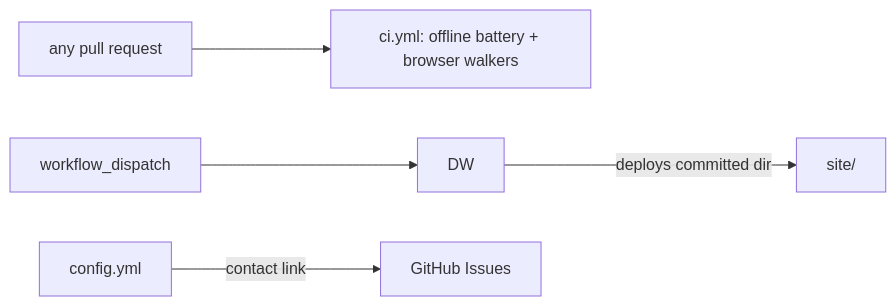
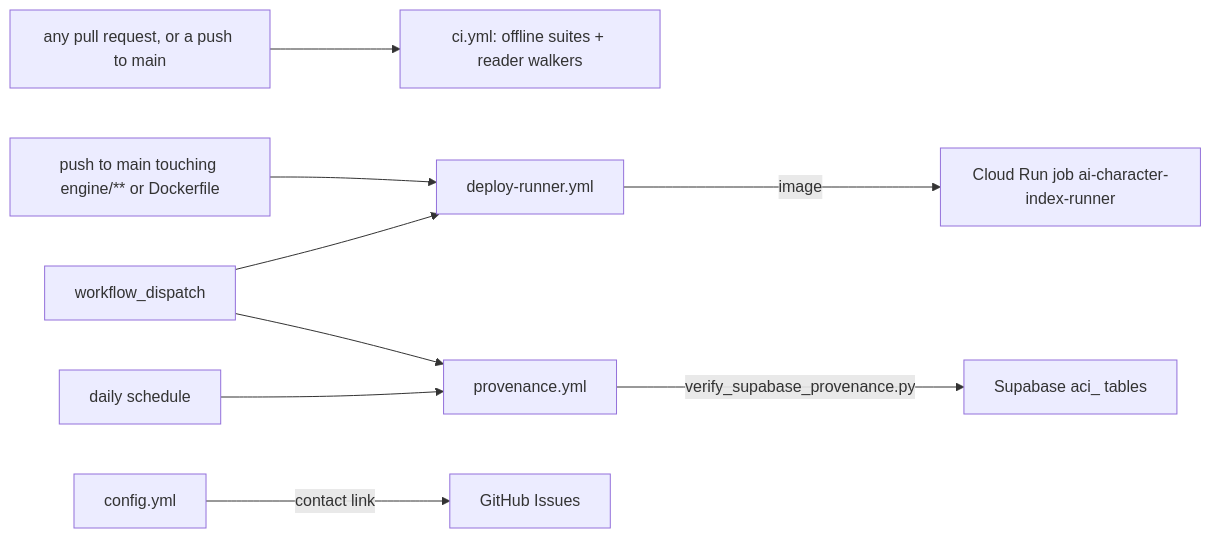
One commit to polariscollective/ai-character-index changed the diagram in .github/OVERVIEW.md. Above: the diagram before and after it, drawn with Mermaid. The commit also changed other lines of this file and 9 other files, not shown here.

First line of the commit message:
docs: engine, workflow and directory overviews describe the index as merged and deployed

````diff
--- a/.github/OVERVIEW.md
+++ b/.github/OVERVIEW.md
@@ -21,7 +25,11 @@
 ```mermaid
 graph LR
-  PRR[any pull request] --> CI[ci.yml: offline battery + browser walkers]
-  WD[workflow_dispatch] --> DW
-  DW -->|deploys committed dir| SITE[site/]
-  CFG[config.yml] -->|contact link| GH[GitHub Issues]
+  PRR["any pull request, or a push to main"] --> CI["ci.yml: offline suites + reader walkers"]
+  PUSH["push to main touching engine/** or Dockerfile"] --> DR["deploy-runner.yml"]
+  WD["workflow_dispatch"] --> DR
+  DR -->|image| JOB["Cloud Run job ai-character-index-runner"]
+  CRON["daily schedule"] --> PROV["provenance.yml"]
+  WD --> PROV
+  PROV -->|"verify_supabase_provenance.py"| SB["Supabase aci_ tables"]
+  CFG["config.yml"] -->|contact link| GH["GitHub Issues"]
 ```
````
